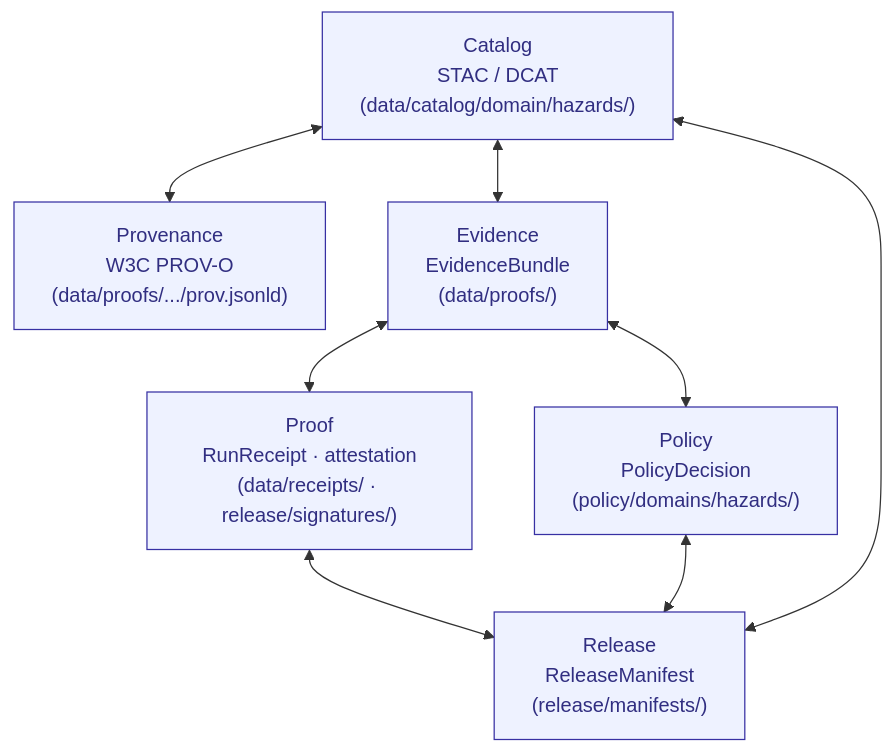
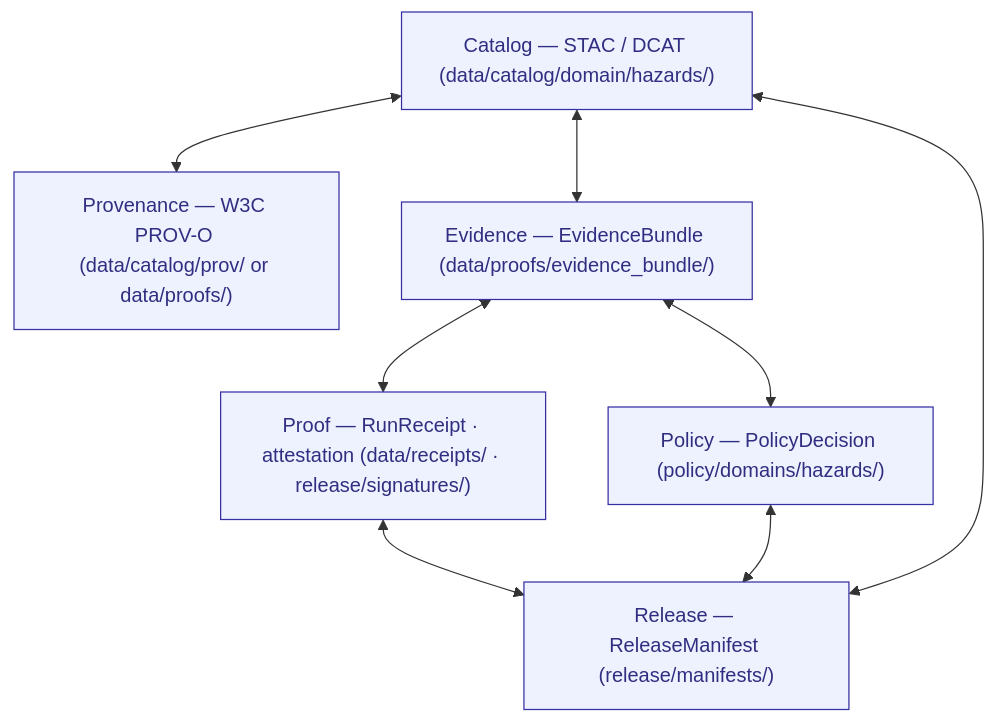
Before and after one commit to bartytime4life/Kansas-Frontier-Matrix: the third of 4 diagrams in docs/domains/hazards/RELEASE_INDEX.md, drawn with Mermaid. The commit also changed other lines of this file, not shown here.

````diff
--- a/docs/domains/hazards/RELEASE_INDEX.md
+++ b/docs/domains/hazards/RELEASE_INDEX.md
@@ -455,32 +446,20 @@
 ```mermaid
 flowchart TB
-  CAT["Catalog
-STAC / DCAT
-(data/catalog/domain/hazards/)"]
-  PROV["Provenance
-W3C PROV-O
-(data/proofs/.../prov.jsonld)"]
-  EVD["Evidence
-EvidenceBundle
-(data/proofs/)"]
-  POL["Policy
-PolicyDecision
-(policy/domains/hazards/)"]
-  PRF["Proof
-RunReceipt · attestation
-(data/receipts/ · release/signatures/)"]
-  REL["Release
-ReleaseManifest
-(release/manifests/)"]
+  CAT["Catalog — STAC / DCAT (data/catalog/domain/hazards/)"]
+  PROV["Provenance — W3C PROV-O (data/catalog/prov/ or data/proofs/)"]
+  EVD["Evidence — EvidenceBundle (data/proofs/evidence_bundle/)"]
+  POL["Policy — PolicyDecision (policy/domains/hazards/)"]
+  PRF["Proof — RunReceipt · attestation (data/receipts/ · release/signatures/)"]
+  REL["Release — ReleaseManifest (release/manifests/)"]
 
   CAT <--> PROV
   CAT <--> EVD
   EVD <--> POL
   EVD <--> PRF
   PRF <--> REL
   REL <--> CAT
   POL <--> REL
 
   classDef node fill:#EEF2FF,stroke:#3730A3,color:#312E81;
   class CAT,PROV,EVD,POL,PRF,REL node;
 ```
````
